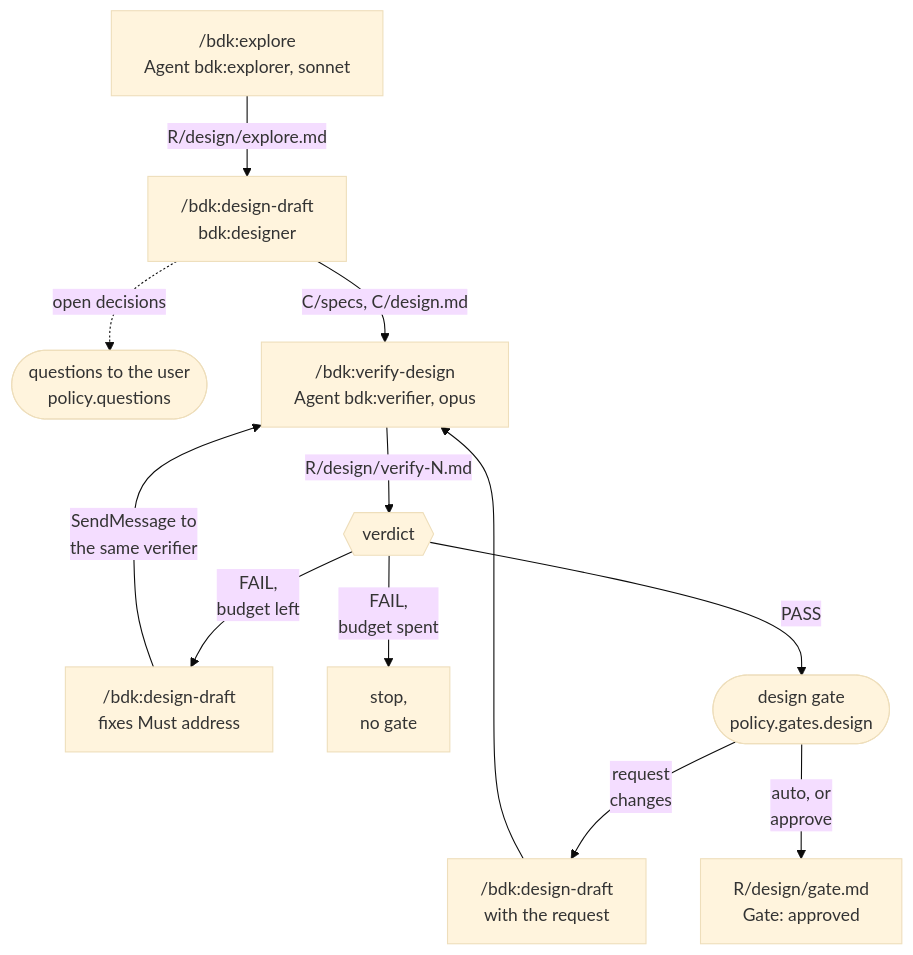
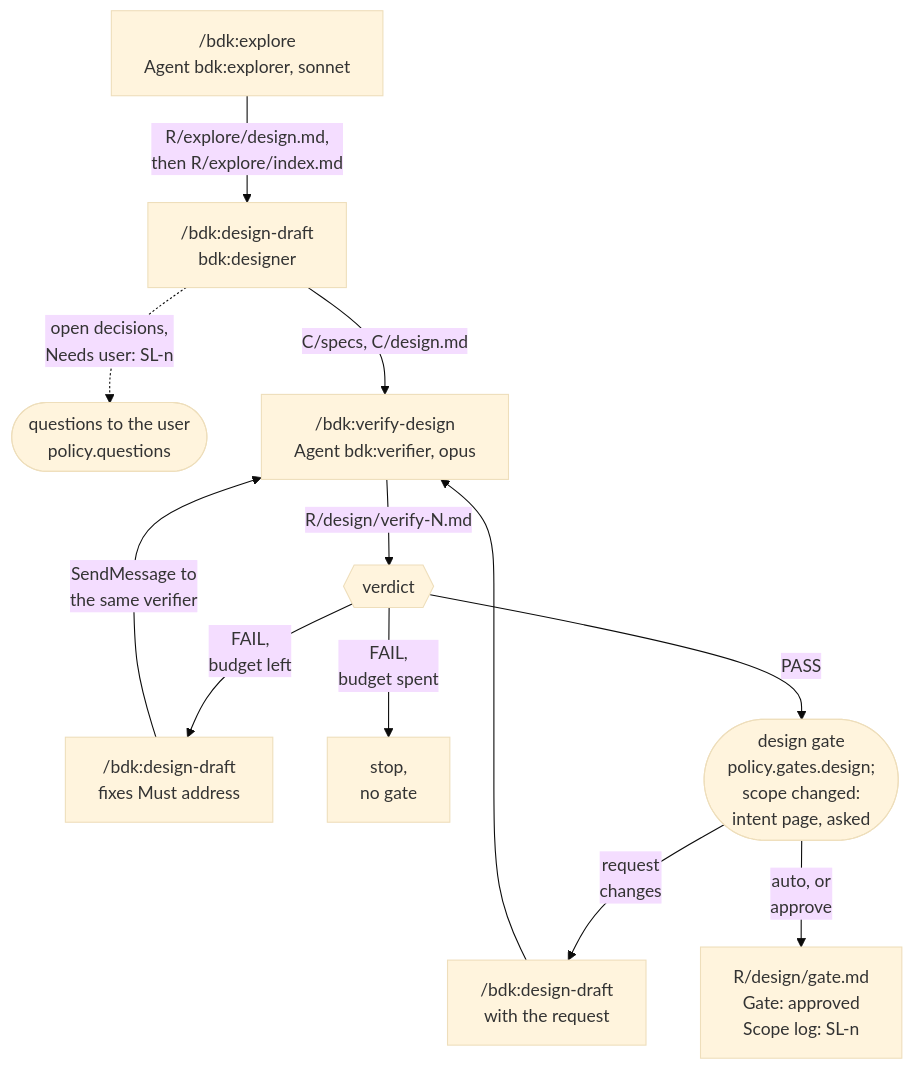
Before and after one commit to broneq/bdk: the third of 15 diagrams in docs/concepts/orchestrators.md, drawn with Mermaid (base theme). The commit also changed other lines of this file and 117 other files, not shown here.

````diff
--- a/docs/concepts/orchestrators.md
+++ b/docs/concepts/orchestrators.md
@@ -45,13 +48,13 @@
 ```mermaid
 flowchart TB
-  EX["/bdk:explore<br/>Agent bdk:explorer, sonnet"] -->|"R/design/explore.md"| DR
-  DR["/bdk:design-draft<br/>bdk:designer"] -.->|"open decisions"| Q(["questions to the user<br/>policy.questions"])
+  EX["/bdk:explore<br/>Agent bdk:explorer, sonnet"] -->|"R/explore/design.md,<br/>then R/explore/index.md"| DR
+  DR["/bdk:design-draft<br/>bdk:designer"] -.->|"open decisions,<br/>Needs user: SL-n"| Q(["questions to the user<br/>policy.questions"])
   DR -->|"C/specs, C/design.md"| VER
   VER["/bdk:verify-design<br/>Agent bdk:verifier, opus"] -->|"R/design/verify-N.md"| V{{"verdict"}}
   V -->|"FAIL,<br/>budget left"| FIX["/bdk:design-draft<br/>fixes Must address"]
   FIX -->|"SendMessage to<br/>the same verifier"| VER
   V -->|"FAIL,<br/>budget spent"| STOPB["stop,<br/>no gate"]
-  V -->|"PASS"| GATE(["design gate<br/>policy.gates.design"])
+  V -->|"PASS"| GATE(["design gate<br/>policy.gates.design;<br/>scope changed:<br/>intent page, asked"])
   GATE -->|"request<br/>changes"| REV["/bdk:design-draft<br/>with the request"] --> VER
-  GATE -->|"auto, or<br/>approve"| GF["R/design/gate.md<br/>Gate: approved"]
+  GATE -->|"auto, or<br/>approve"| GF["R/design/gate.md<br/>Gate: approved<br/>Scope log: SL-n"]
 ```
````
